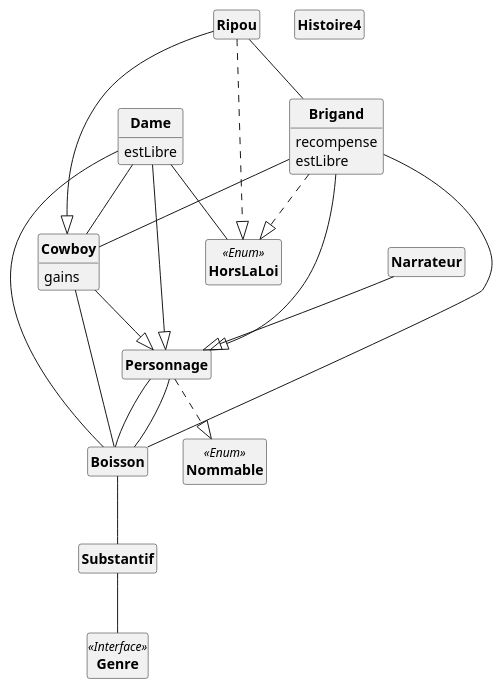
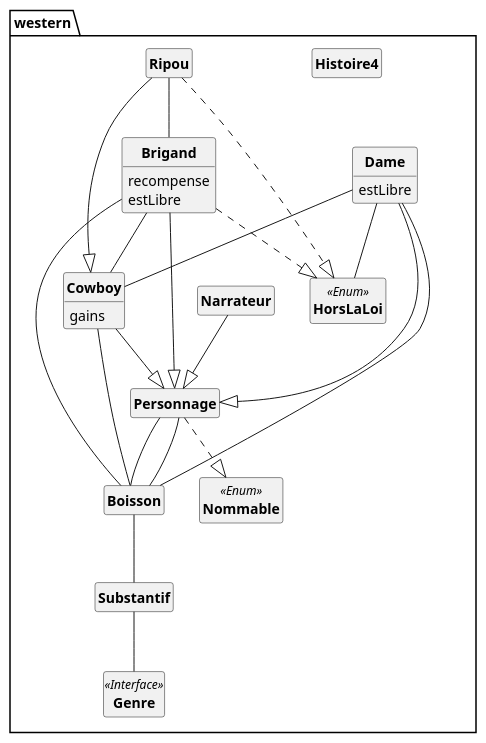
Before and after one commit to DimToups/Java-to-PUML-converter: the diagram in out/production/p21_projet/pumlFromJava/westernClass.puml, drawn with PlantUML. The commit also changed 6 other files, not shown here.

```diff
--- a/out/production/p21_projet/pumlFromJava/westernClass.puml
+++ b/out/production/p21_projet/pumlFromJava/westernClass.puml
@@ -1,57 +1,59 @@
 @startuml
 'https://plantuml.com/class-diagram
 skinparam style strictuml
 skinparam classAttributeIconSize 0
 skinparam classFontStyle Bold
 
 hide empty members
 
+package western{
 class Boisson{
 }
 class Brigand{
 	recompense
 	estLibre
 }
 class Cowboy{
 	gains
 }
 class Dame{
 	estLibre
 }
 class Genre <<Interface>>{
 }
 class Histoire4{
 }
 class HorsLaLoi <<Enum>>{
 }
 class Narrateur{
 }
 class Nommable <<Enum>>{
 }
 class Personnage{
 }
 class Ripou{
 }
 class Substantif{
 }
+
 Boisson -- Substantif
 Brigand -- Cowboy
 Brigand -- Boisson
 Brigand --|> Personnage
 Brigand ..|> HorsLaLoi
 Cowboy -- Boisson
 Cowboy --|> Personnage
 Dame -- Cowboy
 Dame -- HorsLaLoi
 Dame -- Boisson
 Dame --|> Personnage
 Narrateur --|> Personnage
 Personnage -- Boisson
 Personnage -- Boisson
 Personnage ..|> Nommable
 Ripou -- Brigand
 Ripou --|> Cowboy
 Ripou ..|> HorsLaLoi
 Substantif -- Genre
-
+}
 @enduml
```
